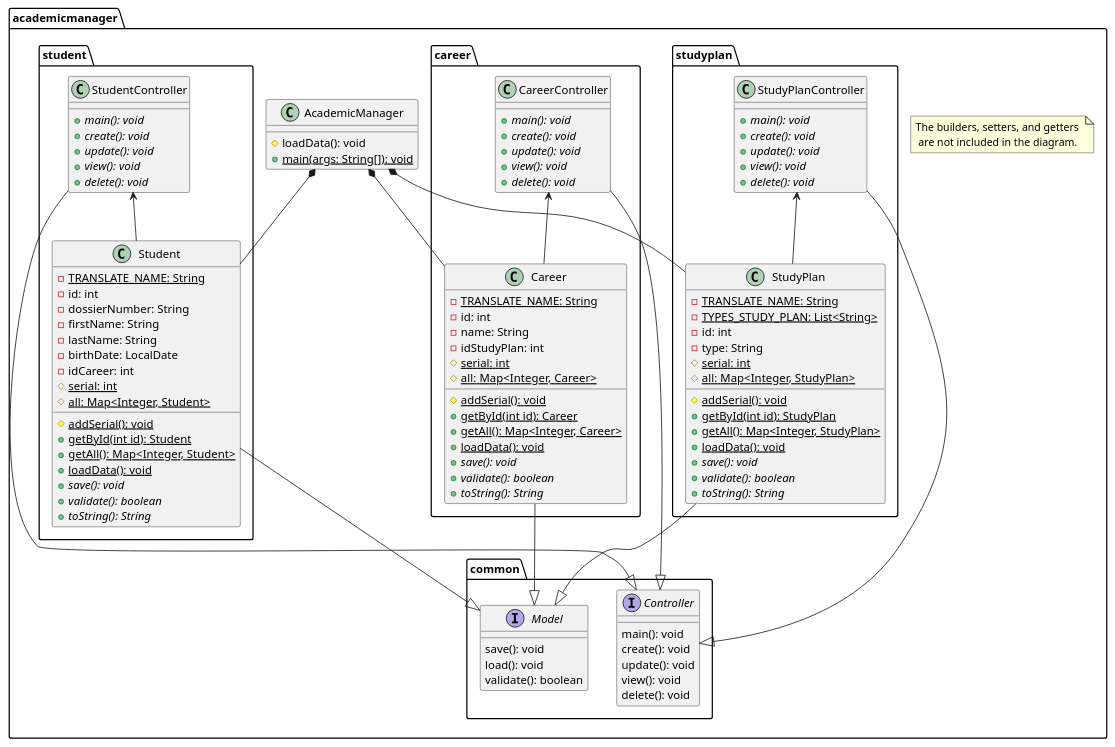
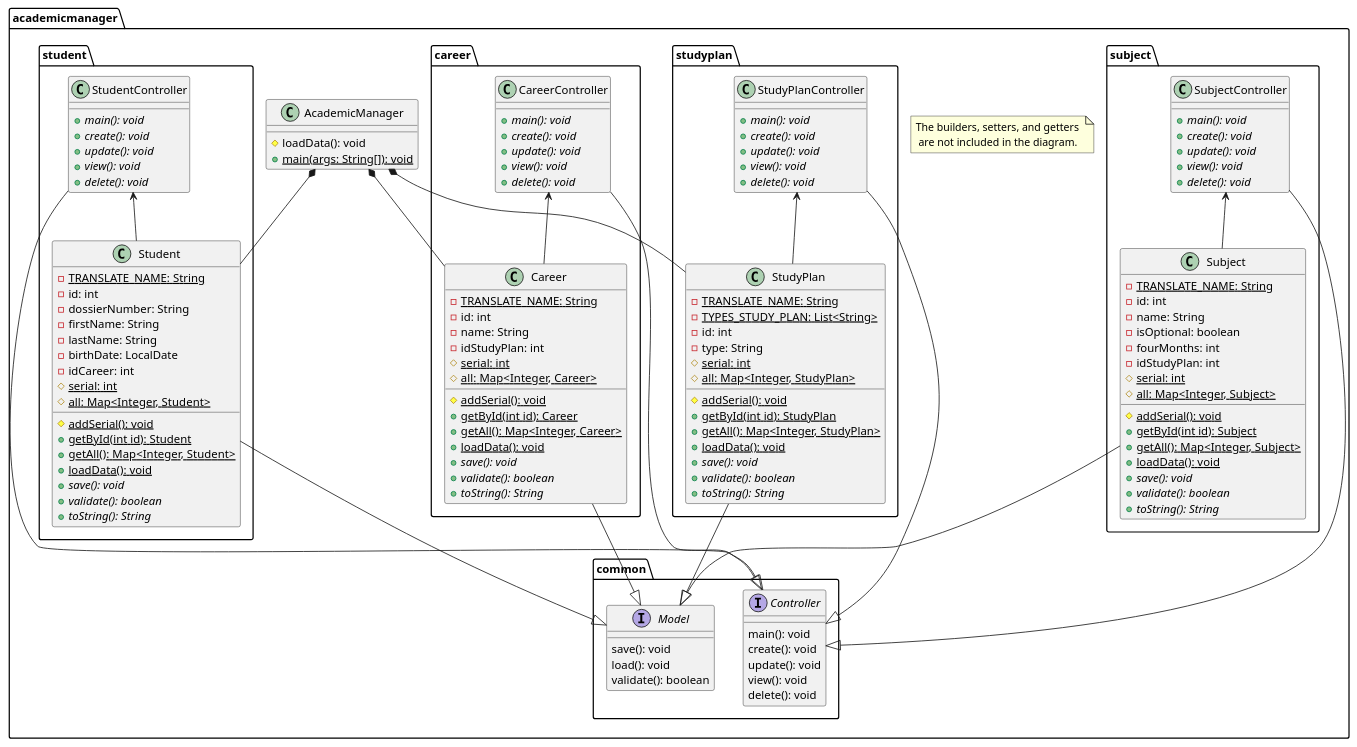
The diagram in AcademicManager.puml (GiulianoPoeta99/tpi-gestor-academico), drawn with PlantUML before and after one commit. The commit also changed 4 other files, not shown here.

```diff
--- a/AcademicManager.puml
+++ b/AcademicManager.puml
@@ -1,161 +1,198 @@
 @startuml AcademicManager
 
 
 package academicmanager {
     note "The builders, setters, and getters \n are not included in the diagram." as N1
 
     class AcademicManager {
         # loadData(): void
         {static} + main(args: String[]): void
     }
 
     ' ==========================================================================
 
     package common {
 
         interface Model {
             save(): void
             load(): void
             validate(): boolean
         }
 
         interface Controller {
             main(): void
             create(): void
             update(): void
             view(): void
             delete(): void
         }
 
     }
 
     ' ==========================================================================
 
     package student {
         
         class Student {
             {static} - TRANSLATE_NAME: String
             - id: int
             - dossierNumber: String
             - firstName: String
             - lastName: String
             - birthDate: LocalDate
             - idCareer: int
             {static} # serial: int
             {static} # all: Map<Integer, Student>
 
             {static} # addSerial(): void
             {static} + getById(int id): Student
             {static} + getAll(): Map<Integer, Student>
             {static} + loadData(): void
             {abstract} + save(): void
             {abstract} + validate(): boolean
             {abstract} + toString(): String
         }
 
         class StudentController {
             {abstract} + main(): void
             {abstract} + create(): void
             {abstract} + update(): void
             {abstract} + view(): void
             {abstract} + delete(): void
         }
 
     }
     
     ' ==========================================================================
 
     package career {
         
         class Career {
             {static} - TRANSLATE_NAME: String
             - id: int
             - name: String
             - idStudyPlan: int
             {static} # serial: int
             {static} # all: Map<Integer, Career>
 
             {static} # addSerial(): void
             {static} + getById(int id): Career
             {static} + getAll(): Map<Integer, Career>
             {static} + loadData(): void
             {abstract} + save(): void
             {abstract} + validate(): boolean
             {abstract} + toString(): String
         }
 
         class CareerController {
             {abstract} + main(): void
             {abstract} + create(): void
             {abstract} + update(): void
             {abstract} + view(): void
             {abstract} + delete(): void
         }
 
     }
 
     ' ==========================================================================
 
     package studyplan {
         
         class StudyPlan {
             {static} - TRANSLATE_NAME: String
             {static} - TYPES_STUDY_PLAN: List<String>
             - id: int
             - type: String
             {static} # serial: int
             {static} # all: Map<Integer, StudyPlan>
 
             {static} # addSerial(): void
             {static} + getById(int id): StudyPlan
             {static} + getAll(): Map<Integer, StudyPlan>
             {static} + loadData(): void
             {abstract} + save(): void
             {abstract} + validate(): boolean
             {abstract} + toString(): String
         }
 
         class StudyPlanController {
             {abstract} + main(): void
             {abstract} + create(): void
             {abstract} + update(): void
             {abstract} + view(): void
             {abstract} + delete(): void
         }
 
     }
+
+    package subject {
+        
+        class Subject {
+            {static} - TRANSLATE_NAME: String
+            - id: int
+            - name: String
+            - isOptional: boolean
+            - fourMonths: int
+            - idStudyPlan: int
+            {static} # serial: int
+            {static} # all: Map<Integer, Subject>
+
+            {static} # addSerial(): void
+            {static} + getById(int id): Subject
+            {static} + getAll(): Map<Integer, Subject>
+            {static} + loadData(): void
+            {abstract} + save(): void
+            {abstract} + validate(): boolean
+            {abstract} + toString(): String
+        }
+
+        class SubjectController {
+            {abstract} + main(): void
+            {abstract} + create(): void
+            {abstract} + update(): void
+            {abstract} + view(): void
+            {abstract} + delete(): void
+        }
+
+    }
 }
 
 ' ==============================================================================
 ' conexiones de clases
 
 ' main
 AcademicManager *-- Student
 AcademicManager *-- Career
 AcademicManager *-- StudyPlan 
 
 ' estudiantes 
 
 Student --|> Model
 
 StudentController --|> Controller
 StudentController <-- Student
 
 ' carreras
 
 Career --|> Model
 
 CareerController --|> Controller
 CareerController <-- Career
 
-' Plan de Estudio
+' plan de Estudio
 
 StudyPlan --|> Model
 
 StudyPlanController --|> Controller
 StudyPlanController <-- StudyPlan
 
+' carrera
+
+Subject --|> Model
+
+SubjectController --|> Controller
+SubjectController <-- Subject
 
 ' ==============================================================================
 
 @enduml
```
